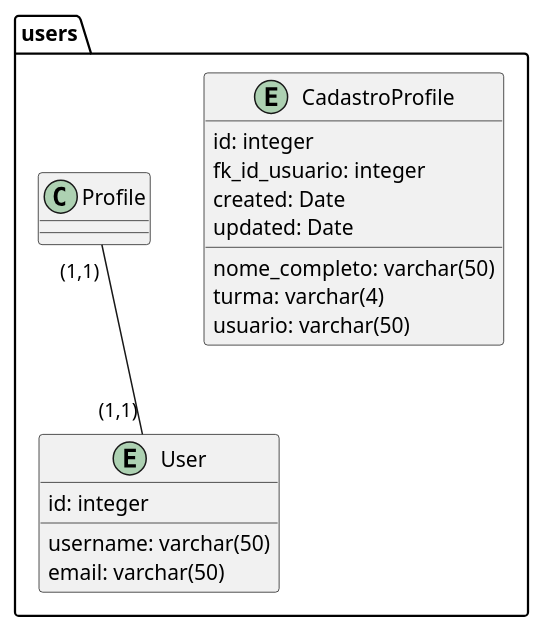
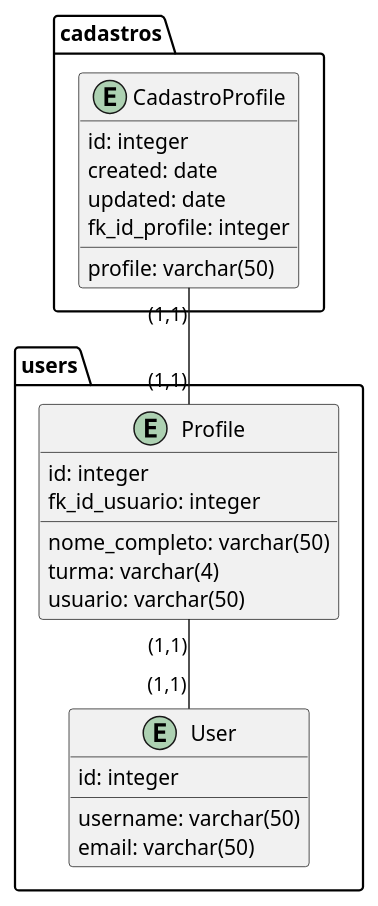
One commit to flavianowilliams/progressus changed the diagram in docs/relationship_diagram.puml. Above: the diagram before and after it, drawn with PlantUML. The commit also changed 1 other file, not shown here.

```diff
--- a/docs/relationship_diagram.puml
+++ b/docs/relationship_diagram.puml
@@ -1,19 +1,27 @@
 @startuml PROGRESSUS
 package users{
     entity User{
         id: integer
         username: varchar(50)
         email: varchar(50)
     }
-    entity CadastroProfile{
+    entity Profile{
         id: integer
         nome_completo: varchar(50)
         turma: varchar(4)
         usuario: varchar(50)
         fk_id_usuario: integer
-        created: Date
-        updated: Date
     }
     Profile "(1,1)" -- "(1,1)" User
 }
+package cadastros{
+    entity CadastroProfile{
+        id: integer
+        created: date
+        updated: date
+        profile: varchar(50)
+        fk_id_profile: integer
+    }
+    CadastroProfile "(1,1)" -- "(1,1)" Profile
+}
 @enduml
```
